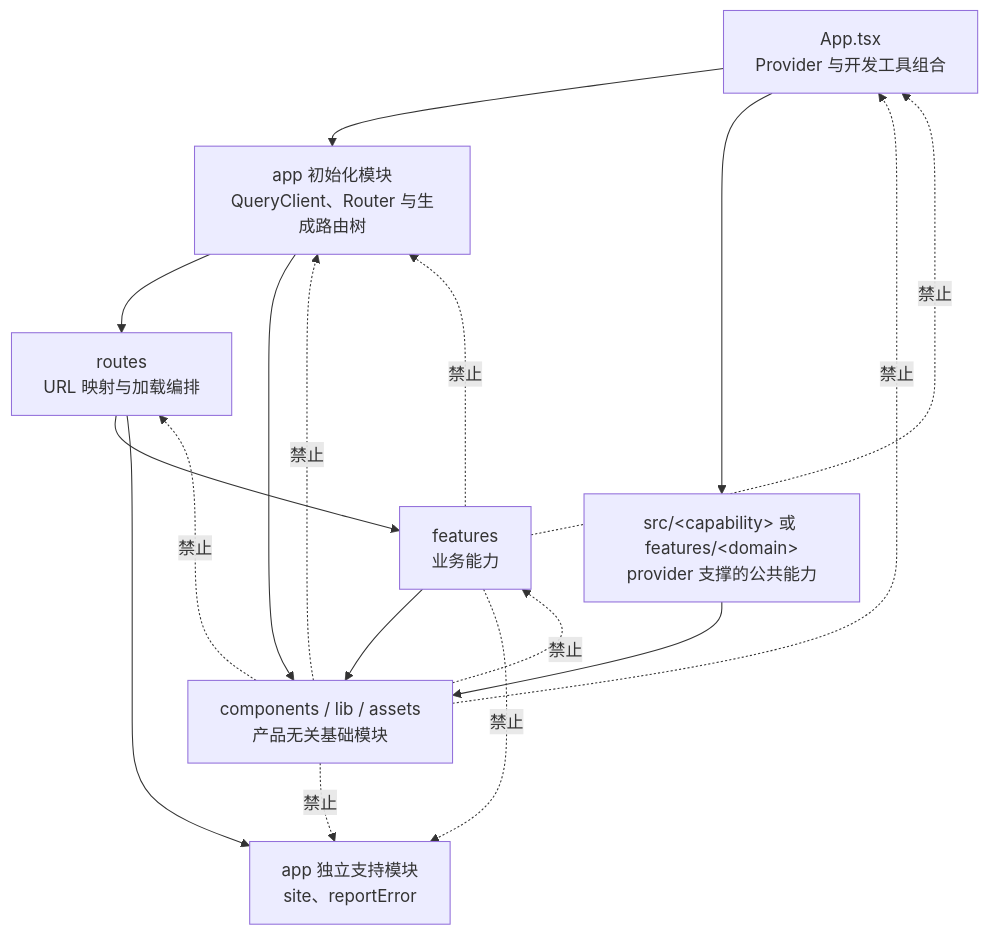
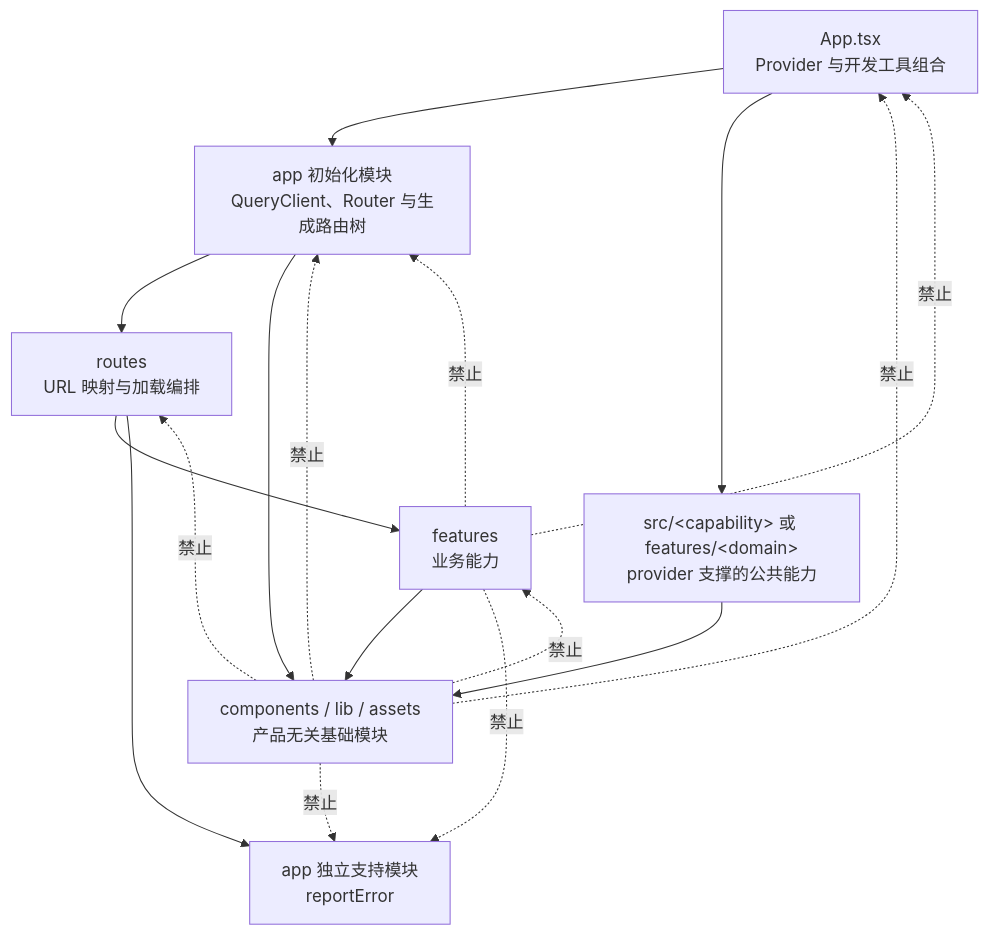
Before and after one commit to RingoTangs/react-app: the diagram in README.md, drawn with Mermaid. The commit also changed other lines of this file and 7 other files, not shown here.

````diff
--- a/README.md
+++ b/README.md
@@ -176,28 +176,28 @@
 ```mermaid
 flowchart TD
   App["App.tsx<br/>Provider 与开发工具组合"]
   TanStack["app 初始化模块<br/>QueryClient、Router 与生成路由树"]
-  RouterIntegration["app 独立支持模块<br/>site、reportError"]
+  AppSupport["app 独立支持模块<br/>reportError"]
   Routes["routes<br/>URL 映射与加载编排"]
   Features["features<br/>业务能力"]
   Common["components / lib / assets<br/>产品无关基础模块"]
   ProviderCapability["src/&lt;capability&gt; 或 features/&lt;domain&gt;<br/>provider 支撑的公共能力"]
 
   App --> TanStack
   TanStack --> Routes
   TanStack --> Common
   App --> ProviderCapability
   Routes --> Features
-  Routes --> RouterIntegration
+  Routes --> AppSupport
   Features --> Common
   ProviderCapability --> Common
 
   Common -. 禁止 .-> App
   Common -. 禁止 .-> Routes
   Common -. 禁止 .-> Features
   Features -. 禁止 .-> App
   Features -. 禁止 .-> TanStack
   Common -. 禁止 .-> TanStack
-  Features -. 禁止 .-> RouterIntegration
-  Common -. 禁止 .-> RouterIntegration
+  Features -. 禁止 .-> AppSupport
+  Common -. 禁止 .-> AppSupport
 ```
````
